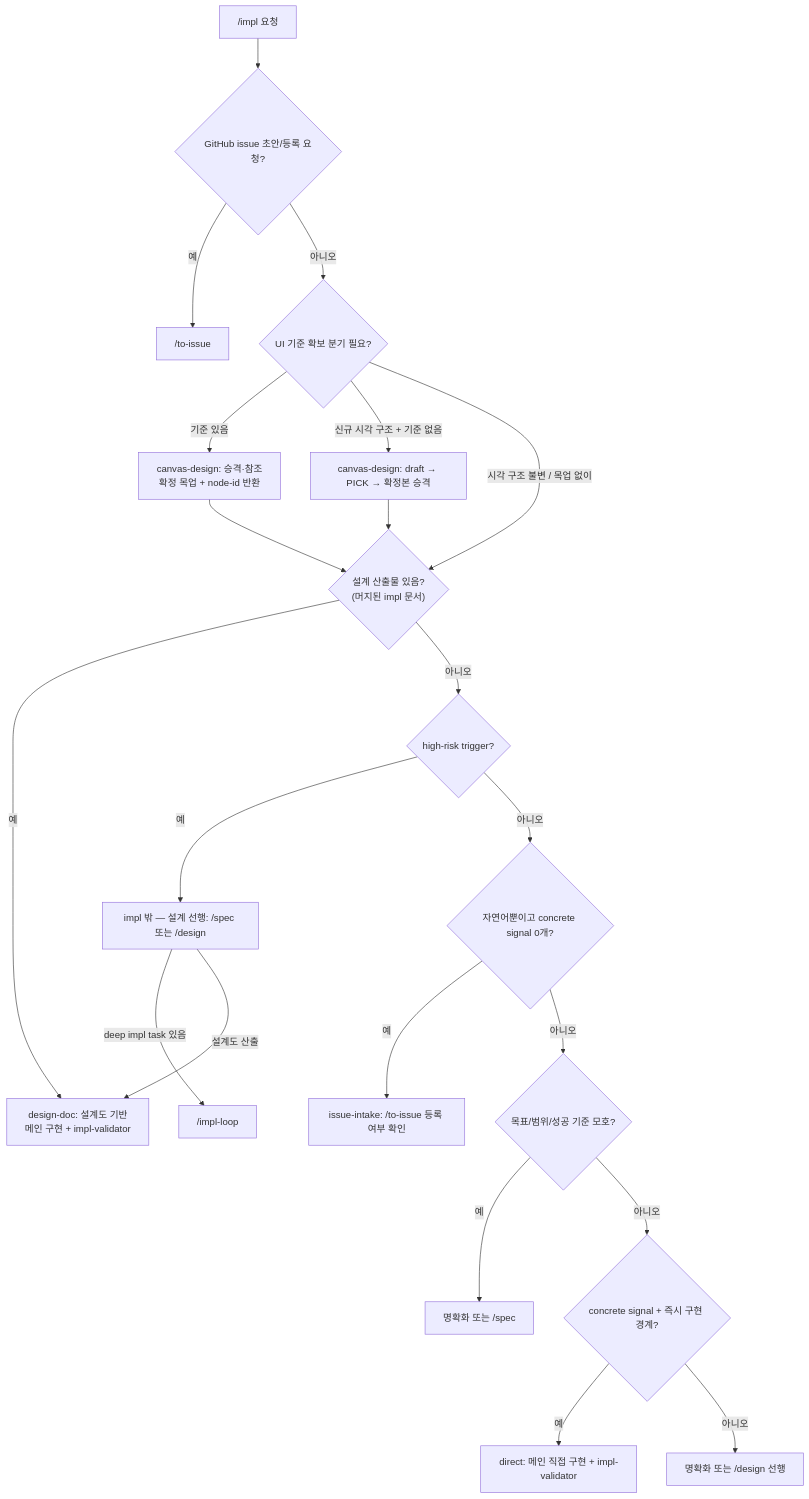
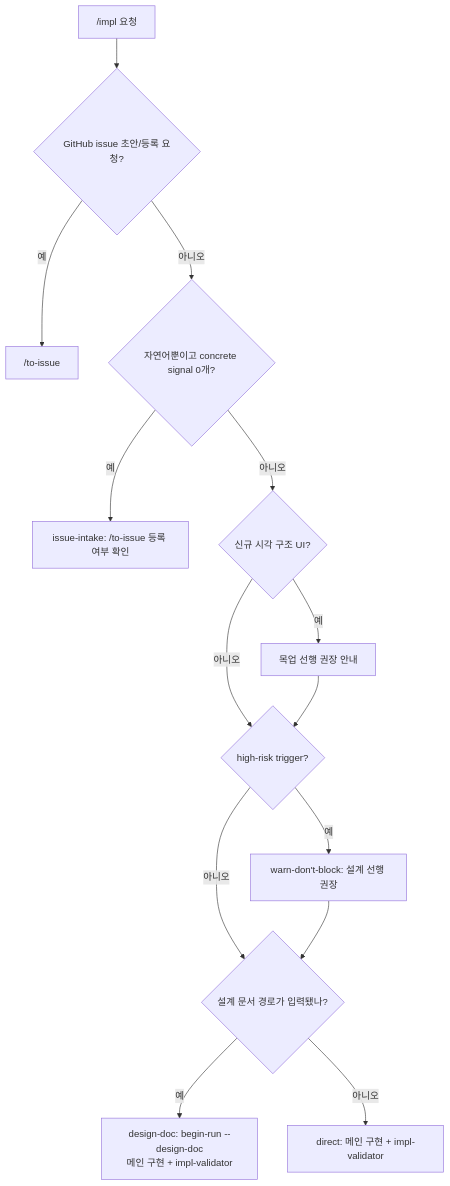
The diagram in skills/impl/impl-routing.md (Daeguk-Sun/dcNess), drawn with Mermaid before and after one commit. The commit also changed other lines of this file and 24 other files, not shown here.

````diff
--- a/skills/impl/impl-routing.md
+++ b/skills/impl/impl-routing.md
@@ -14,23 +22,16 @@
 ```mermaid
 flowchart TB
   REQ["/impl 요청"] --> MAKE{"GitHub issue 초안/등록 요청?"}
   MAKE -->|예| TI["/to-issue"]
-  MAKE -->|아니오| UI{"UI 기준 확보 분기 필요?"}
-  UI -->|기준 있음| CDES1["canvas-design: 승격·참조<br/>확정 목업 + node-id 반환"]
-  UI -->|신규 시각 구조 + 기준 없음| CDES2["canvas-design: draft → PICK → 확정본 승격"]
-  UI -->|시각 구조 불변 / 목업 없이| DOC
-  CDES1 --> DOC{"설계 산출물 있음?<br/>(머지된 impl 문서)"}
-  CDES2 --> DOC
-  DOC -->|예| ST["design-doc: 설계도 기반<br/>메인 구현 + impl-validator"]
-  DOC -->|아니오| HR{"high-risk trigger?"}
-  HR -->|예| OUT["impl 밖 — 설계 선행: /spec 또는 /design"]
-  HR -->|아니오| NL{"자연어뿐이고 concrete signal 0개?"}
+  MAKE -->|아니오| NL{"자연어뿐이고 concrete signal 0개?"}
   NL -->|예| II["issue-intake: /to-issue 등록 여부 확인"]
-  NL -->|아니오| AM{"목표/범위/성공 기준 모호?"}
-  AM -->|예| CL["명확화 또는 /spec"]
-  AM -->|아니오| CS{"concrete signal + 즉시 구현 경계?"}
-  CS -->|예| LT["direct: 메인 직접 구현 + impl-validator"]
-  CS -->|아니오| CL2["명확화 또는 /design 선행"]
-  OUT -->|deep impl task 있음| IL["/impl-loop <task>"]
-  OUT -->|설계도 산출| ST
+  NL -->|아니오| UI{"신규 시각 구조 UI?"}
+  UI -->|예| UW["목업 선행 권장 안내"]
+  UI -->|아니오| HR
+  UW --> HR{"high-risk trigger?"}
+  HR -->|예| WARN["warn-don't-block: 설계 선행 권장"]
+  HR -->|아니오| DOC
+  WARN --> DOC{"설계 문서 경로가 입력됐나?"}
+  DOC -->|예| DD["design-doc: begin-run --design-doc<br/>메인 구현 + impl-validator"]
+  DOC -->|아니오| DR["direct: 메인 구현 + impl-validator"]
 ```
````
